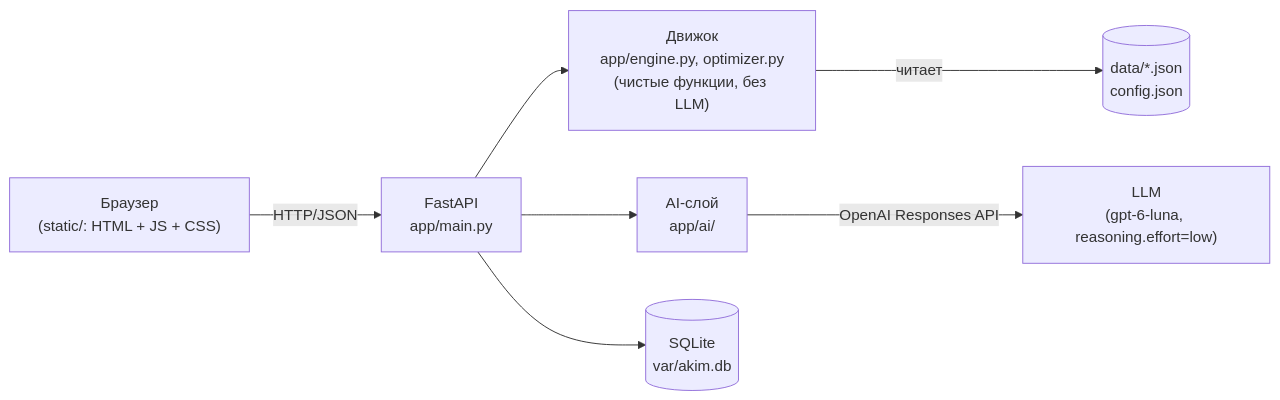
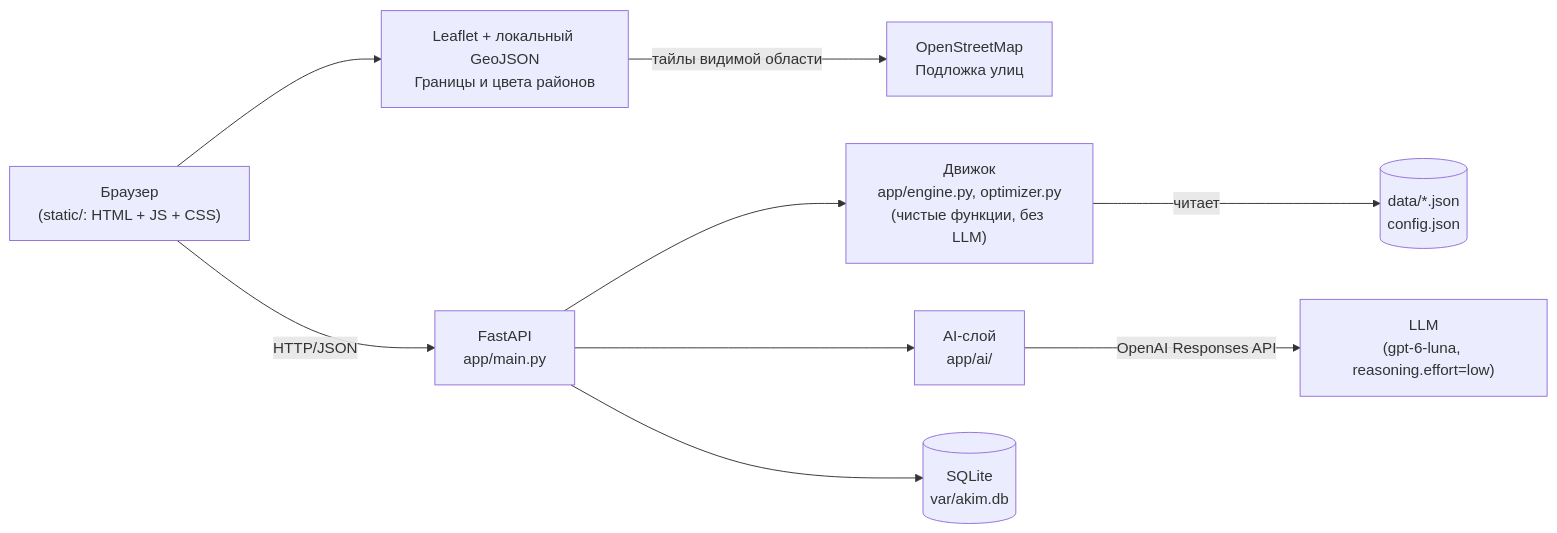
Before and after one commit to BAITC-Hacks/hack-8801c8e6-saber: the diagram in README.md, drawn with Mermaid. The commit also changed other lines of this file and 15 other files, not shown here.

Commit message:
Add geoJSON data for Astana districts (OpenStreetMap source).

````diff
--- a/README.md
+++ b/README.md
@@ -73,9 +73,11 @@
 ```mermaid
 flowchart LR
     Browser["Браузер\n(static/: HTML + JS + CSS)"] -->|HTTP/JSON| FastAPI["FastAPI\napp/main.py"]
+    Browser --> Map["Leaflet + локальный GeoJSON\nГраницы и цвета районов"]
+    Map -->|тайлы видимой области| OSM["OpenStreetMap\nПодложка улиц"]
     FastAPI --> Engine["Движок\napp/engine.py, optimizer.py\n(чистые функции, без LLM)"]
     FastAPI --> AI["AI-слой\napp/ai/"]
     AI -->|OpenAI Responses API| LLM["LLM\n(gpt-6-luna, reasoning.effort=low)"]
     FastAPI --> DB[("SQLite\nvar/akim.db")]
     Engine -->|читает| JSON[("data/*.json\nconfig.json")]
 ```
````
